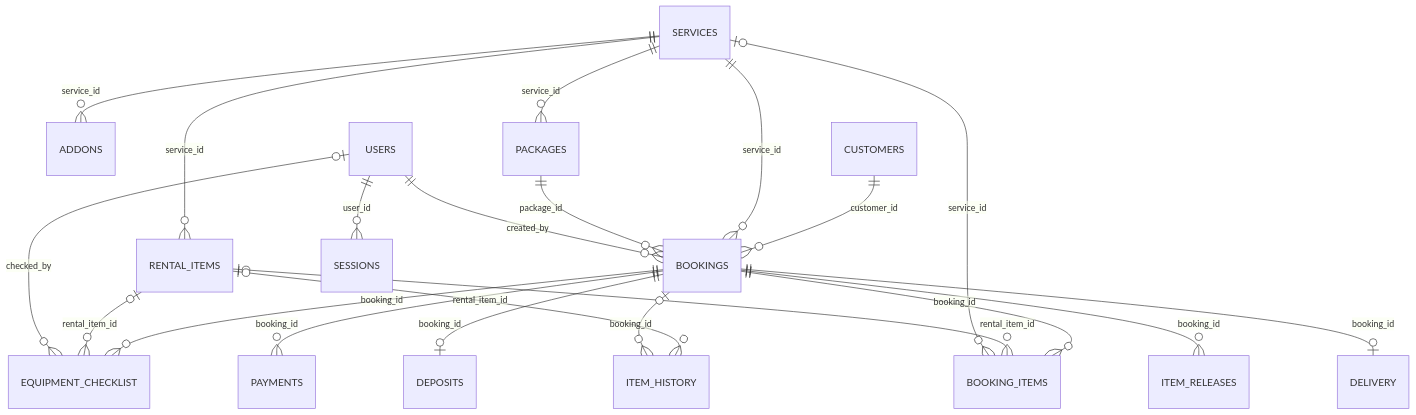
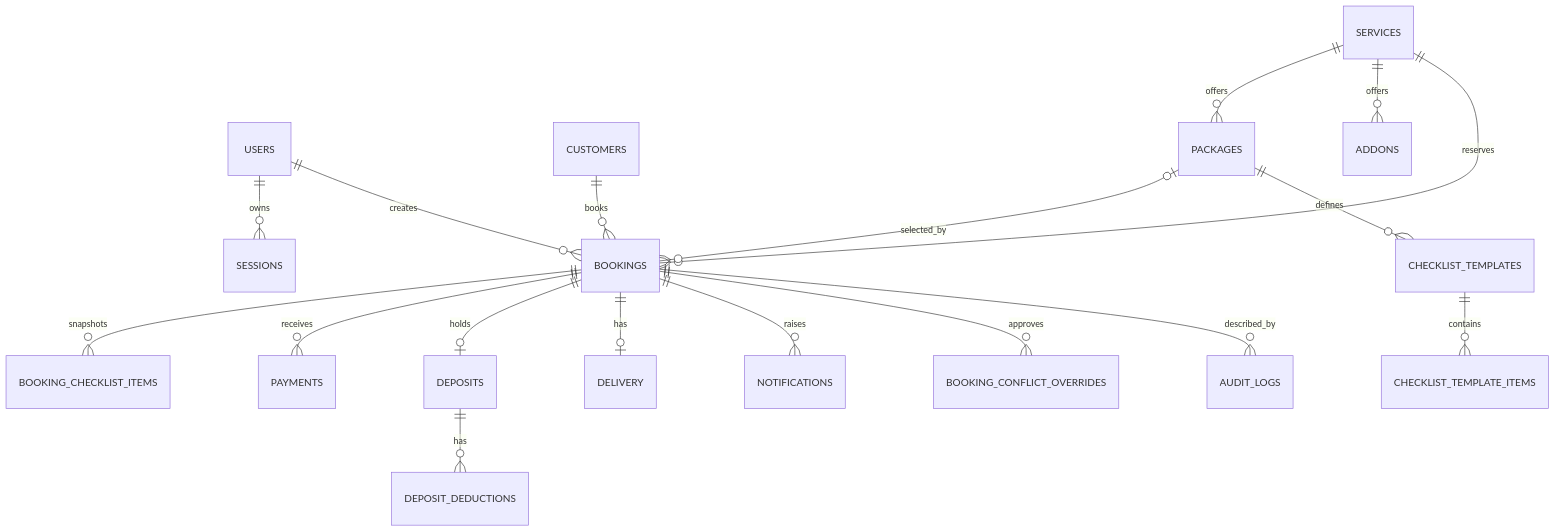
Before and after one commit to danielaplan/Rental-Ops-Manager: the diagram in Understand the System/System Understanding/Database/Table Relationships.md, drawn with Mermaid. The commit also changed other lines of this file and 96 other files, not shown here.

````diff
--- a/Understand the System/System Understanding/Database/Table Relationships.md
+++ b/Understand the System/System Understanding/Database/Table Relationships.md
@@ -49,23 +16,20 @@
 ```mermaid
 erDiagram
-    SERVICES ||--o{ ADDONS : service_id
-    SERVICES ||--o{ RENTAL_ITEMS : service_id
-    SERVICES ||--o{ PACKAGES : service_id
-    CUSTOMERS ||--o{ BOOKINGS : customer_id
-    SERVICES ||--o{ BOOKINGS : service_id
-    PACKAGES ||--o{ BOOKINGS : package_id
-    USERS ||--o{ BOOKINGS : created_by
-    BOOKINGS ||--o{ PAYMENTS : booking_id
-    BOOKINGS ||--o| DEPOSITS : booking_id
-    BOOKINGS ||--o{ EQUIPMENT_CHECKLIST : booking_id
-    RENTAL_ITEMS |o--o{ EQUIPMENT_CHECKLIST : rental_item_id
-    USERS |o--o{ EQUIPMENT_CHECKLIST : checked_by
-    BOOKINGS ||--o{ BOOKING_ITEMS : booking_id
-    RENTAL_ITEMS |o--o{ BOOKING_ITEMS : rental_item_id
-    SERVICES |o--o{ BOOKING_ITEMS : service_id
-    BOOKINGS ||--o{ ITEM_RELEASES : booking_id
-    RENTAL_ITEMS |o--o{ ITEM_HISTORY : rental_item_id
-    BOOKINGS |o--o{ ITEM_HISTORY : booking_id
-    BOOKINGS ||--o| DELIVERY : booking_id
-    USERS ||--o{ SESSIONS : user_id
+  USERS ||--o{ SESSIONS : owns
+  USERS ||--o{ BOOKINGS : creates
+  CUSTOMERS ||--o{ BOOKINGS : books
+  SERVICES ||--o{ PACKAGES : offers
+  SERVICES ||--o{ ADDONS : offers
+  SERVICES ||--o{ BOOKINGS : reserves
+  PACKAGES o|--o{ BOOKINGS : selected_by
+  PACKAGES ||--o{ CHECKLIST_TEMPLATES : defines
+  CHECKLIST_TEMPLATES ||--o{ CHECKLIST_TEMPLATE_ITEMS : contains
+  BOOKINGS ||--o{ BOOKING_CHECKLIST_ITEMS : snapshots
+  BOOKINGS ||--o{ PAYMENTS : receives
+  BOOKINGS ||--o| DEPOSITS : holds
+  DEPOSITS ||--o{ DEPOSIT_DEDUCTIONS : has
+  BOOKINGS ||--o| DELIVERY : has
+  BOOKINGS ||--o{ NOTIFICATIONS : raises
+  BOOKINGS ||--o{ BOOKING_CONFLICT_OVERRIDES : approves
+  BOOKINGS ||--o{ AUDIT_LOGS : described_by
 ```
````
